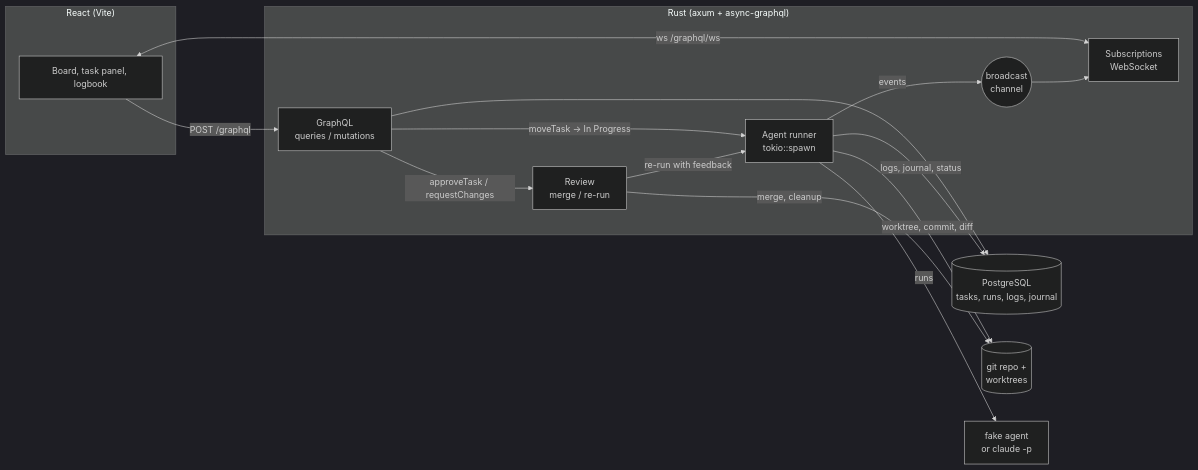
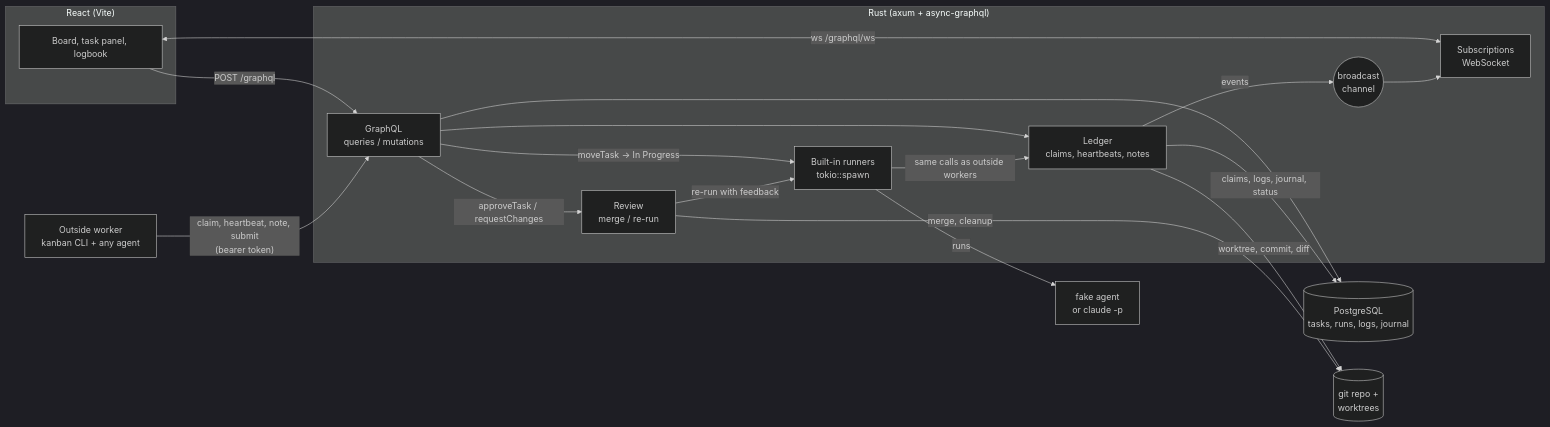
Before and after one commit to YiJun12345/kanban-agents: the first of 2 diagrams in README.md, drawn with Mermaid (dark theme). The commit also changed other lines of this file and 1 other file, not shown here.

Commit message:
Docs: the ledger in the README and the study guide

````diff
--- a/README.md
+++ b/README.md
@@ -44,28 +53,33 @@
 ```mermaid
 flowchart LR
     subgraph Browser["React (Vite)"]
         UI[Board, task panel, logbook]
     end
     subgraph Backend["Rust (axum + async-graphql)"]
         GQL[GraphQL<br/>queries / mutations]
         SUB[Subscriptions<br/>WebSocket]
         BUS((broadcast<br/>channel))
-        AG[Agent runner<br/>tokio::spawn]
+        LG[Ledger<br/>claims, heartbeats, notes]
+        AG[Built-in runners<br/>tokio::spawn]
         RV[Review<br/>merge / re-run]
     end
+    EXT[Outside worker<br/>kanban CLI + any agent]
     DB[(PostgreSQL<br/>tasks, runs, logs, journal)]
     GIT[(git repo +<br/>worktrees)]
     CLI[fake agent<br/>or claude -p]
 
     UI -- "POST /graphql" --> GQL
     UI <-- "ws /graphql/ws" --> SUB
     GQL --> DB
     GQL -- "moveTask → In Progress" --> AG
     GQL -- "approveTask / requestChanges" --> RV
+    EXT -- "claim, heartbeat, note, submit<br/>(bearer token)" --> GQL
+    GQL --> LG
     AG -- "runs" --> CLI
-    AG -- "logs, journal, status" --> DB
-    AG -- "events" --> BUS --> SUB
-    AG -- "worktree, commit, diff" --> GIT
+    AG -- "same calls as outside workers" --> LG
+    LG -- "claims, logs, journal, status" --> DB
+    LG -- "events" --> BUS --> SUB
+    LG -- "worktree, commit, diff" --> GIT
     RV -- "merge, cleanup" --> GIT
     RV -- "re-run with feedback" --> AG
 ```
````
